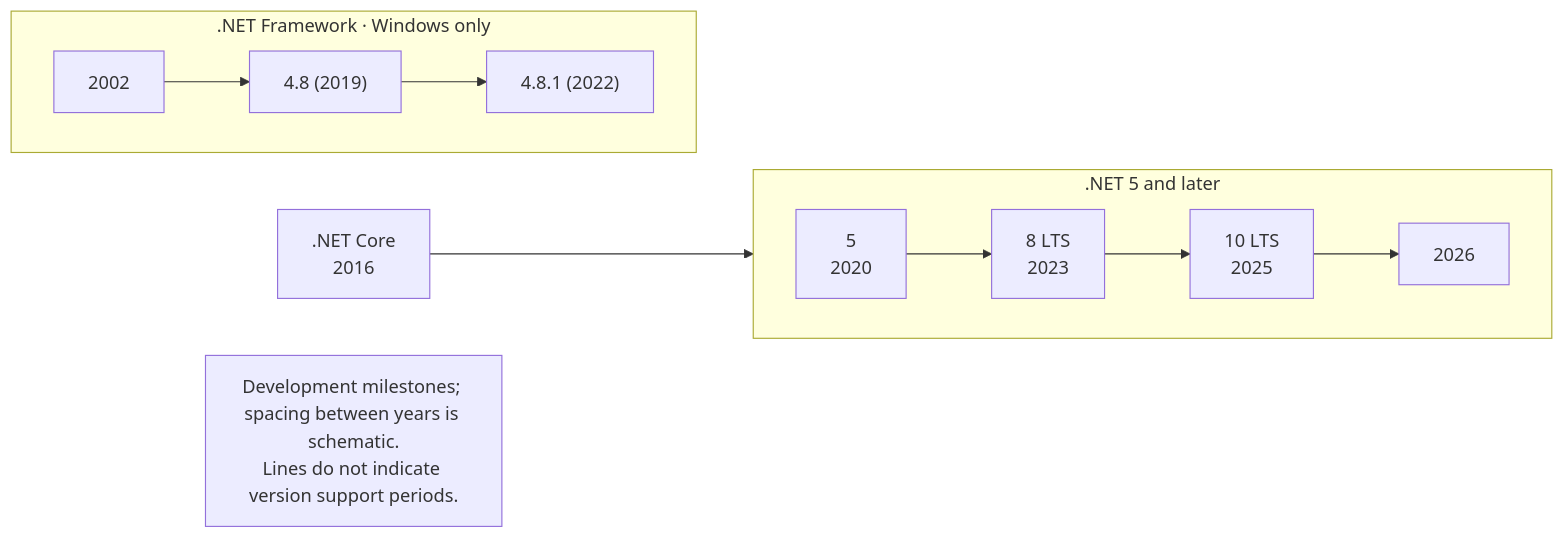
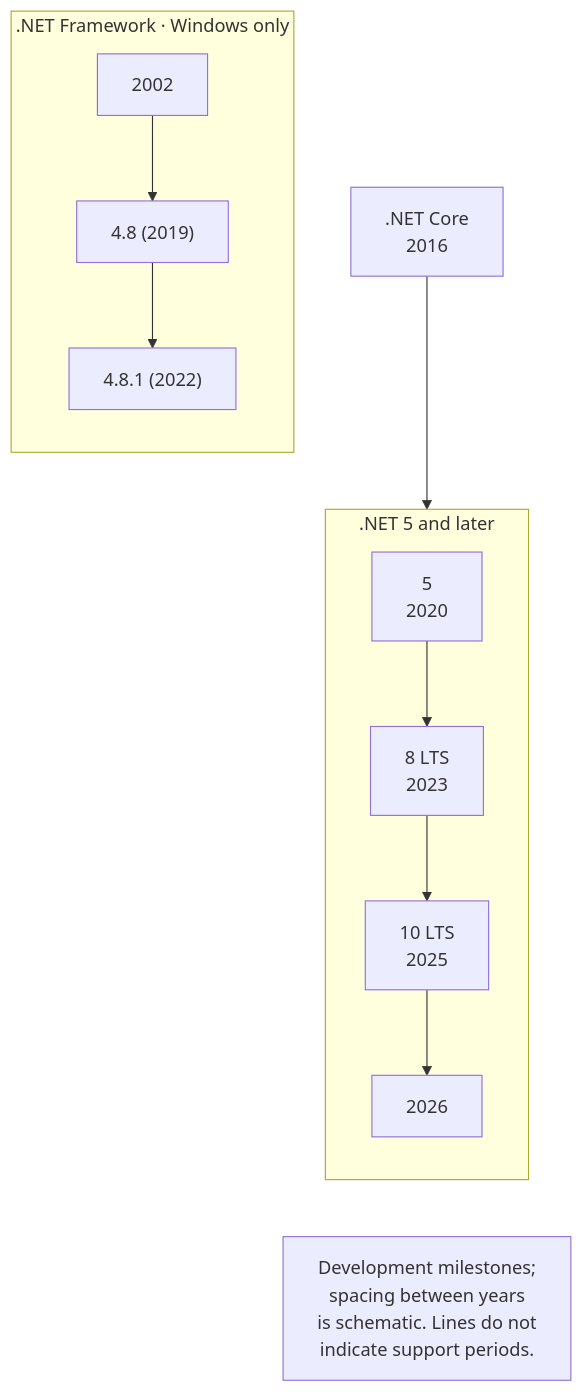
The first of 4 diagrams in src/courses/csharp/01-dotnet-intro/dotnet-platform.md (musicvano/Blog), drawn with Mermaid before and after one commit. The commit also changed other lines of this file and 583 other files, not shown here.

````diff
--- a/src/courses/csharp/01-dotnet-intro/dotnet-platform.md
+++ b/src/courses/csharp/01-dotnet-intro/dotnet-platform.md
@@ -29,13 +29,13 @@
 ```mermaid
-flowchart LR
+flowchart TB
   subgraph FW [".NET Framework · Windows only"]
-    direction LR
+    direction TB
     F1["2002"] --> F2["4.8 (2019)"] --> F3["4.8.1 (2022)"]
   end
   C[".NET Core<br>2016"] --> N5
   subgraph NET [".NET 5 and later"]
-    direction LR
+    direction TB
     N5["5<br>2020"] --> N8["8 LTS<br>2023"] --> N10["10 LTS<br>2025"] --> N26["2026"]
   end
-  N["Development milestones; spacing between years is schematic.<br>Lines do not indicate version support periods."]
+  N26 ~~~ N["Development milestones;<br>spacing between years<br>is schematic. Lines do not<br>indicate support periods."]
 ```
````
